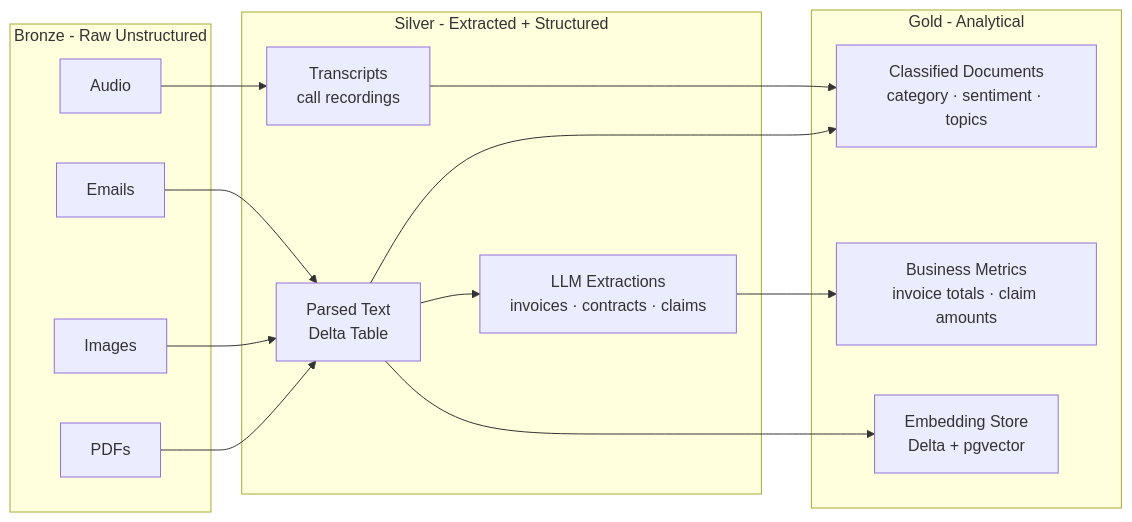
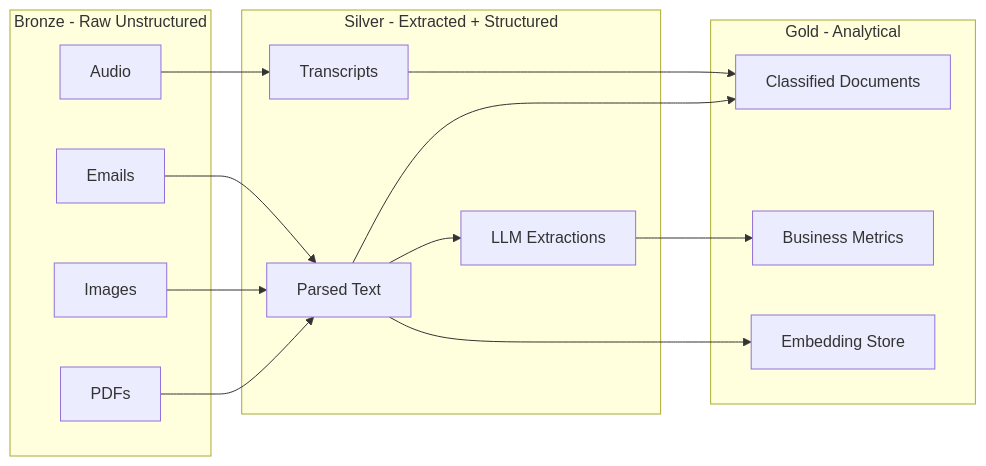
One commit to gcmishra7/data-engineering-helper changed the second of 4 diagrams in 11-ai-data-engineering/08-ai-de-reference-architectures.md. Above: the diagram before and after it, drawn with Mermaid. The commit also changed other lines of this file and 57 other files, not shown here.

First line of the commit message:
Shorten mermaid node labels to fix text truncation on GitHub

````diff
--- a/11-ai-data-engineering/08-ai-de-reference-architectures.md
+++ b/11-ai-data-engineering/08-ai-de-reference-architectures.md
@@ -54,29 +71,29 @@
 ```mermaid
 graph LR
     subgraph Bronze - Raw Unstructured
         PDF[PDFs]
         IMG[Images]
         AUDIO[Audio]
         EMAIL[Emails]
     end
     subgraph Silver - Extracted + Structured
-        PARSED[Parsed Text<br/>Delta Table]
-        EXTRACTED[LLM Extractions<br/>invoices · contracts · claims]
-        TRANSCRIPTS[Transcripts<br/>call recordings]
+        PARSED[Parsed Text]
+        EXTRACTED[LLM Extractions]
+        TRANSCRIPTS[Transcripts]
     end
     subgraph Gold - Analytical
-        CLASSIFIED[Classified Documents<br/>category · sentiment · topics]
-        METRICS[Business Metrics<br/>invoice totals · claim amounts]
-        EMBEDDINGS[Embedding Store<br/>Delta + pgvector]
+        CLASSIFIED[Classified Documents]
+        METRICS[Business Metrics]
+        EMBEDDINGS[Embedding Store]
     end
 
     PDF --> PARSED
     IMG --> PARSED
     AUDIO --> TRANSCRIPTS
     EMAIL --> PARSED
     PARSED --> EXTRACTED
     PARSED --> CLASSIFIED
     TRANSCRIPTS --> CLASSIFIED
     EXTRACTED --> METRICS
     PARSED --> EMBEDDINGS
 ```
````
